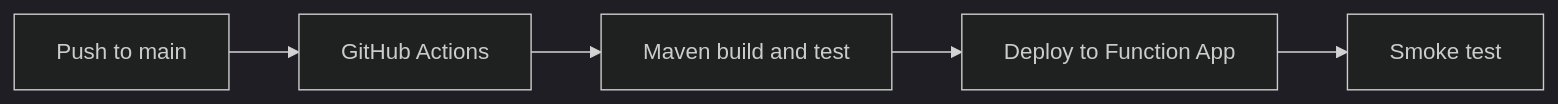
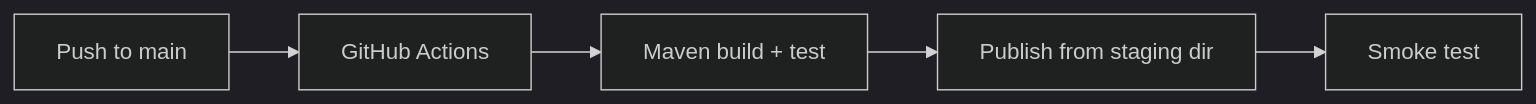
Before and after one commit to yeongseon/azure-functions-practical-guide: the diagram in docs/language-guides/java/tutorial/premium/06-ci-cd.md, drawn with Mermaid (dark theme). The commit also changed other lines of this file and 7 other files, not shown here.

````diff
--- a/docs/language-guides/java/tutorial/premium/06-ci-cd.md
+++ b/docs/language-guides/java/tutorial/premium/06-ci-cd.md
@@ -17,7 +35,7 @@
 ```mermaid
 flowchart LR
     A[Push to main] --> B[GitHub Actions]
-    B --> C[Maven build and test]
-    C --> D[Deploy to Function App]
+    B --> C[Maven build + test]
+    C --> D["Publish from staging dir"]
     D --> E[Smoke test]
 ```
````
